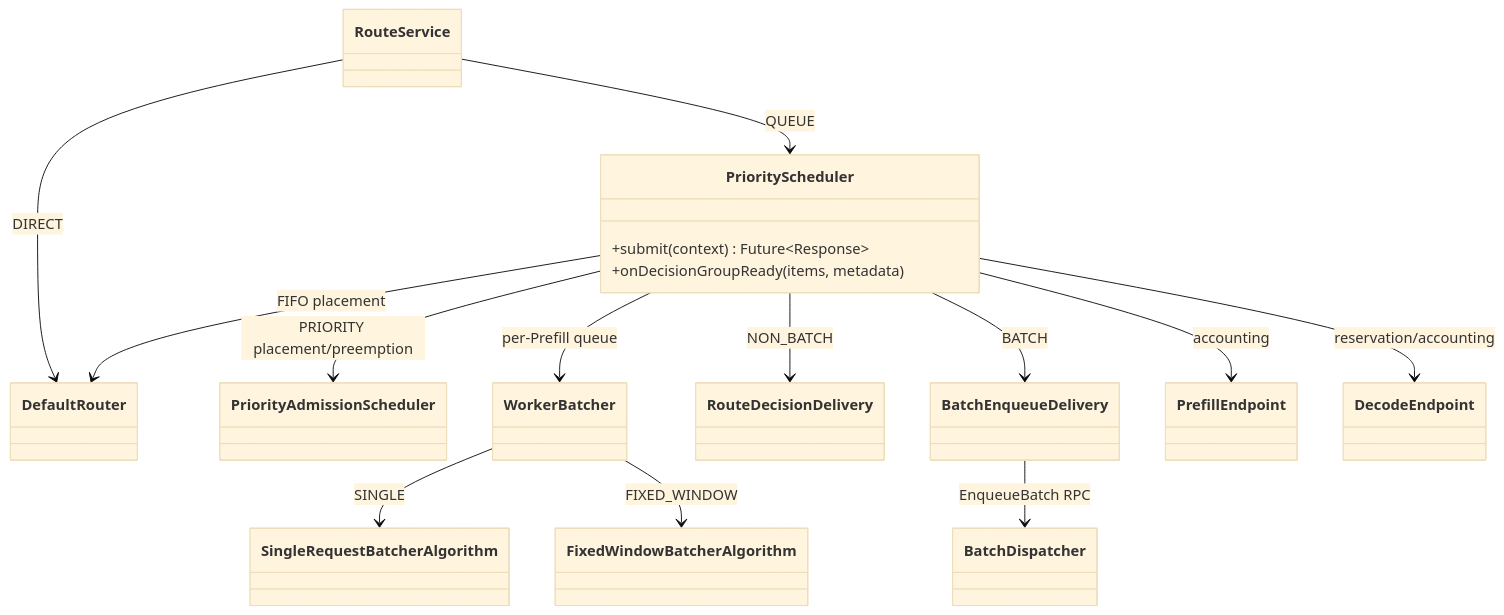
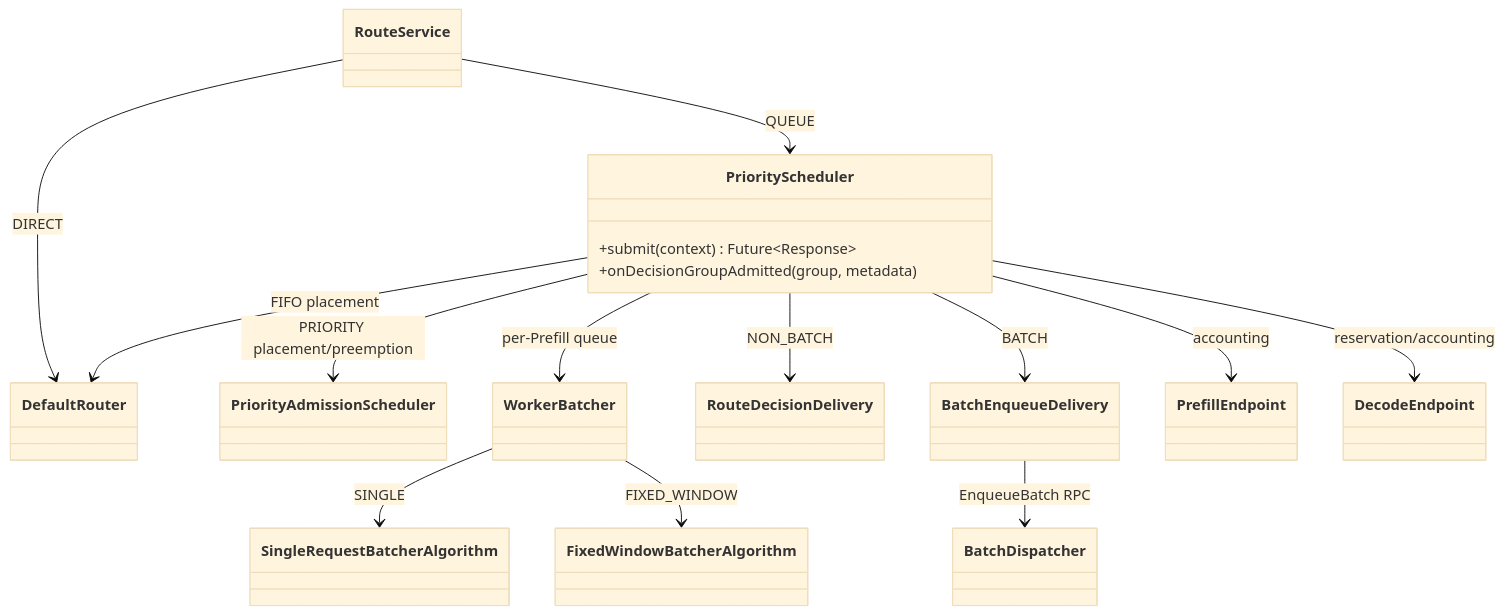
Before and after one commit to alibaba/rtp-llm: the first of 2 diagrams in rtp_llm/flexlb/docs/priority-scheduler-delivery-modes.md, drawn with Mermaid (base theme). The commit also changed other lines of this file and 107 other files, not shown here.

````diff
--- a/rtp_llm/flexlb/docs/priority-scheduler-delivery-modes.md
+++ b/rtp_llm/flexlb/docs/priority-scheduler-delivery-modes.md
@@ -28,31 +28,31 @@
 ```mermaid
 classDiagram
     class RouteService
     class DefaultRouter
     class PriorityScheduler {
         +submit(context) Future~Response~
-        +onDecisionGroupReady(items, metadata)
+        +onDecisionGroupAdmitted(group, metadata)
     }
     class PriorityAdmissionScheduler
     class WorkerBatcher
     class SingleRequestBatcherAlgorithm
     class FixedWindowBatcherAlgorithm
     class RouteDecisionDelivery
     class BatchEnqueueDelivery
     class BatchDispatcher
     class PrefillEndpoint
     class DecodeEndpoint
 
     RouteService --> DefaultRouter : DIRECT
     RouteService --> PriorityScheduler : QUEUE
     PriorityScheduler --> DefaultRouter : FIFO placement
     PriorityScheduler --> PriorityAdmissionScheduler : PRIORITY placement/preemption
     PriorityScheduler --> WorkerBatcher : per-Prefill queue
     WorkerBatcher --> SingleRequestBatcherAlgorithm : SINGLE
     WorkerBatcher --> FixedWindowBatcherAlgorithm : FIXED_WINDOW
     PriorityScheduler --> RouteDecisionDelivery : NON_BATCH
     PriorityScheduler --> BatchEnqueueDelivery : BATCH
     BatchEnqueueDelivery --> BatchDispatcher : EnqueueBatch RPC
     PriorityScheduler --> PrefillEndpoint : accounting
     PriorityScheduler --> DecodeEndpoint : reservation/accounting
 ```
````
